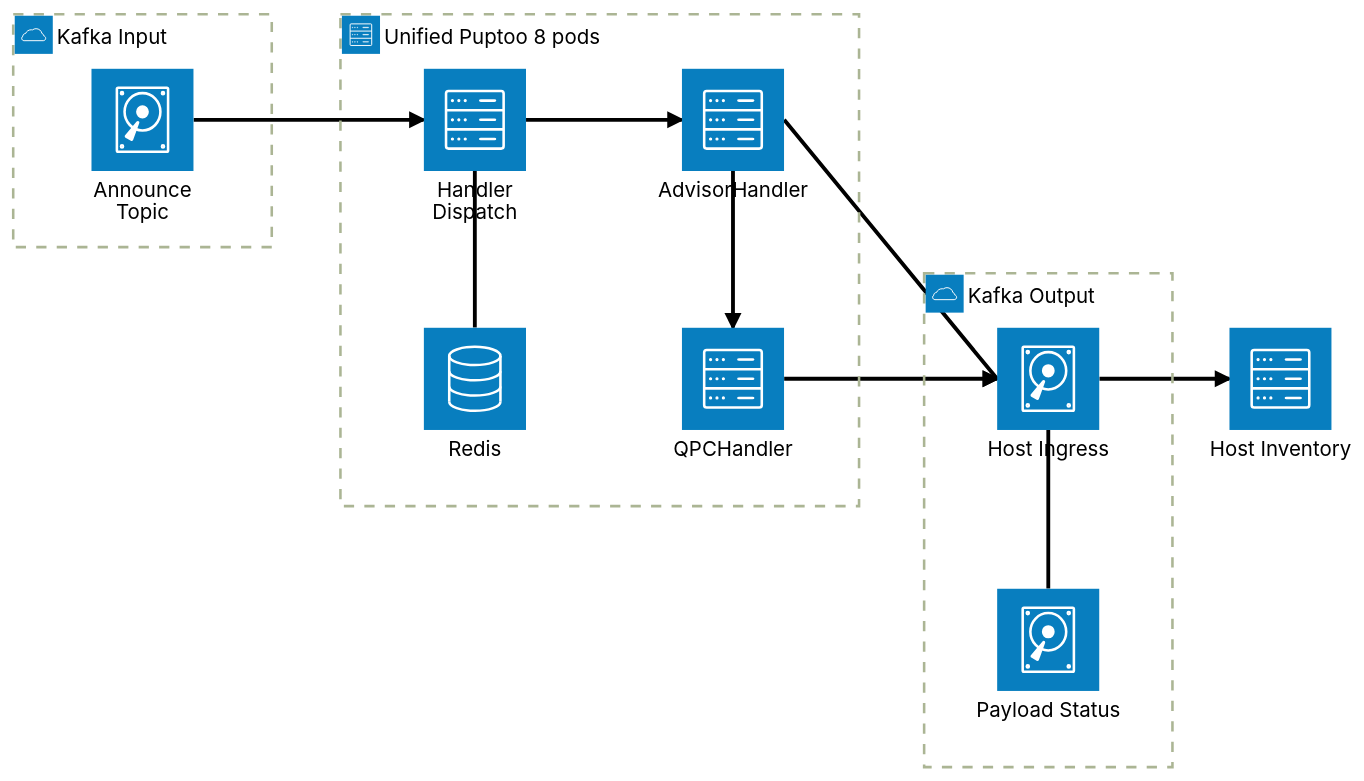
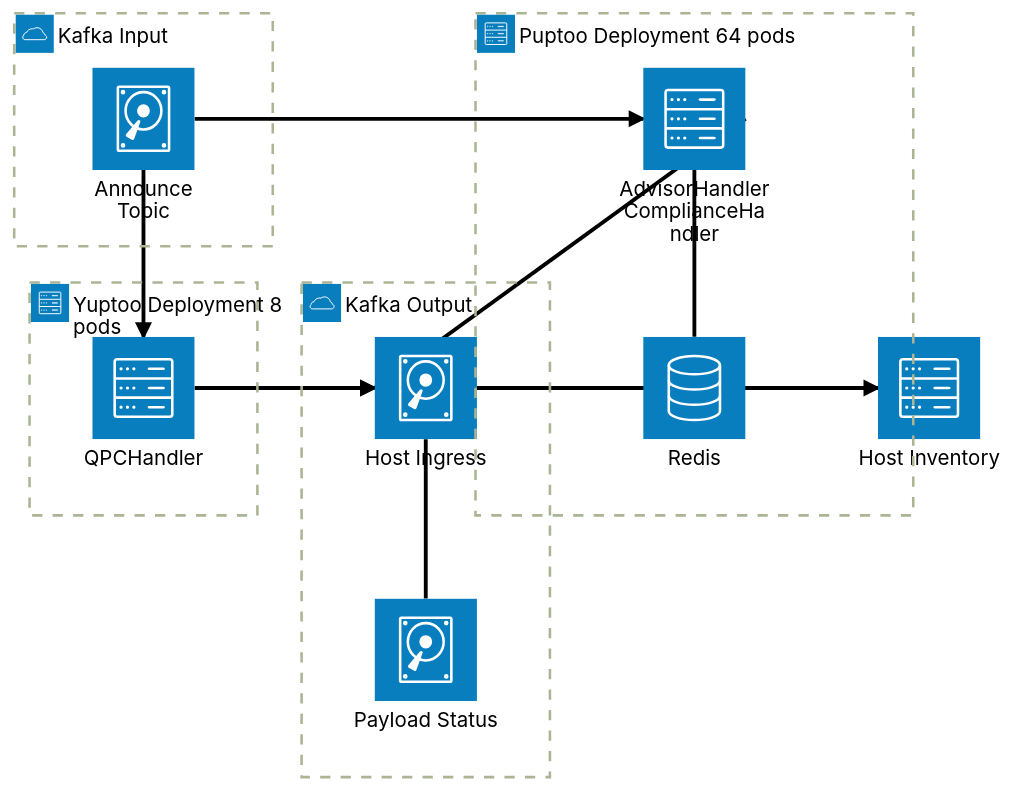
The second of 2 diagrams in docs/diagrams/component_diagram.md (pranlawate/puptoo-yuptoo-merge), drawn with Mermaid (forest theme) before and after one commit. The commit also changed other lines of this file and 12 other files, not shown here.

````diff
--- a/docs/diagrams/component_diagram.md
+++ b/docs/diagrams/component_diagram.md
@@ -50,24 +55,23 @@
 ```mermaid
 architecture-beta
     group kafka_in(cloud)[Kafka Input]
-    group unified(server)[Unified Puptoo 8 pods]
+    group puptoo_dep(server)[Puptoo Deployment 64 pods]
+    group yuptoo_dep(server)[Yuptoo Deployment 8 pods]
     group kafka_out(cloud)[Kafka Output]
 
     service announce(disk)[Announce Topic] in kafka_in
-    service dispatch(server)[Handler Dispatch] in unified
-    service h_adv(server)[AdvisorHandler] in unified
-    service h_qpc(server)[QPCHandler] in unified
-    service redis_u(database)[Redis] in unified
+    service h_adv(server)[AdvisorHandler ComplianceHandler] in puptoo_dep
+    service redis_p(database)[Redis] in puptoo_dep
+    service h_qpc(server)[QPCHandler] in yuptoo_dep
     service hi(disk)[Host Ingress] in kafka_out
     service ps(disk)[Payload Status] in kafka_out
     service hbi(server)[Host Inventory]
 
-    announce:R --> L:dispatch
-    dispatch:R --> L:h_adv
-    h_adv:B --> T:h_qpc
-    redis_u:T -- B:dispatch
+    announce:R --> L:h_adv
+    announce:B --> T:h_qpc
+    h_adv:B -- T:redis_p
     h_adv:R --> L:hi
     h_qpc:R --> L:hi
     hi:R --> L:hbi
     hi:B -- T:ps
 ```
````
